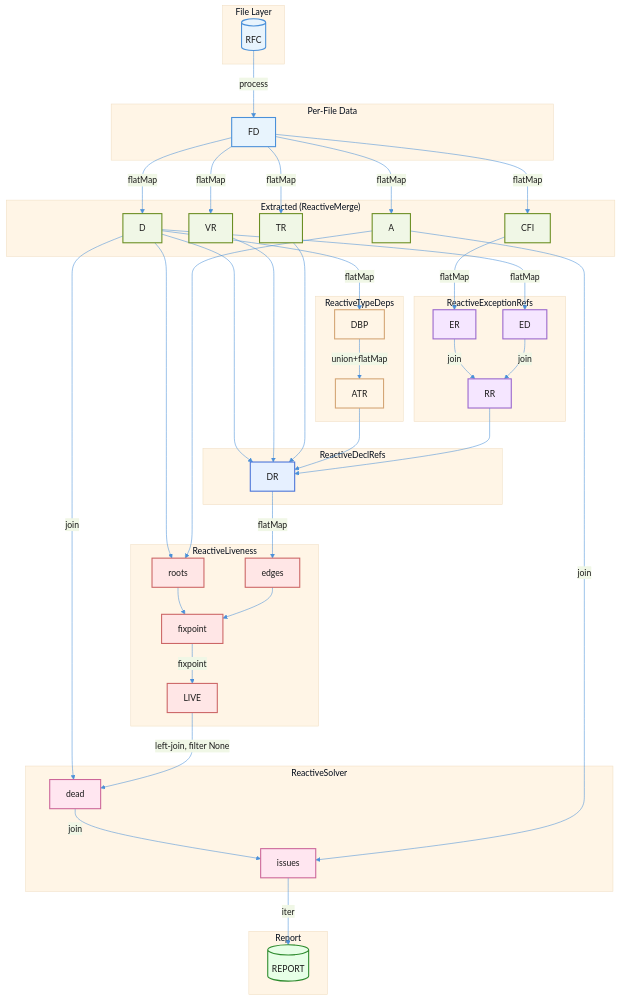
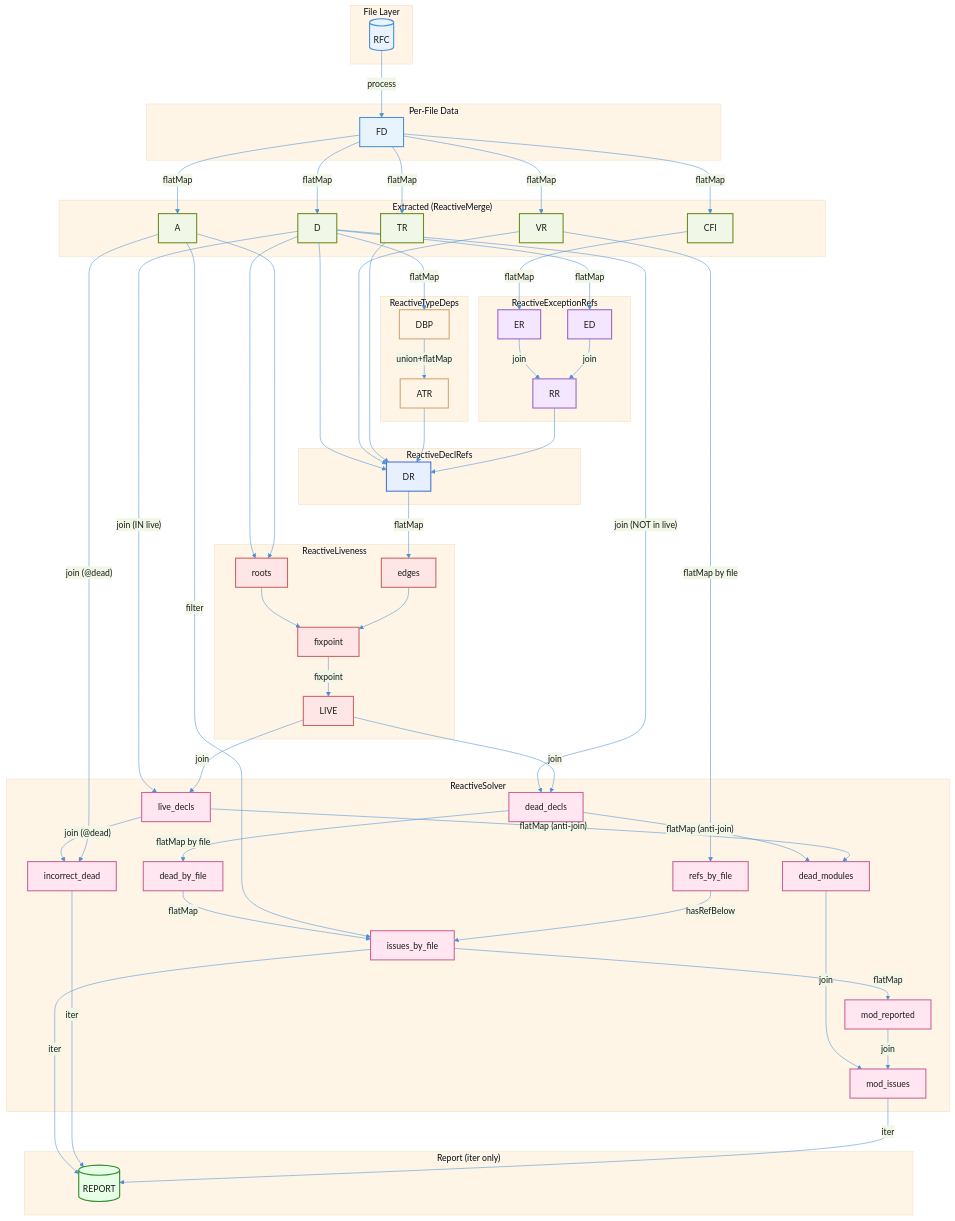
The diagram in analysis/reanalyze/diagrams/reactive-pipeline.mmd (rescript-lang/rescript), drawn with Mermaid before and after one commit. The commit also changed 2 other files, not shown here.

Commit message:
Update reactive pipeline documentation and diagrams
- Update ARCHITECTURE.md with current ReactiveSolver collections
- Add table documenting all reactive collections in ReactiveSolver
- Update pipeline stages to show full reactive flow
- Regenerate reactive-pipeline.svg with detailed solver internals
- Show timing breakdown (~0.7ms on cache hit for dead_code solving)

```diff
--- a/analysis/reanalyze/diagrams/reactive-pipeline.mmd
+++ b/analysis/reanalyze/diagrams/reactive-pipeline.mmd
@@ -1,102 +1,128 @@
 %%{init: {'theme': 'base', 'themeVariables': { 'primaryColor': '#e8f4fd', 'primaryTextColor': '#1a1a1a', 'primaryBorderColor': '#4a90d9', 'lineColor': '#4a90d9', 'secondaryColor': '#f0f7e6', 'tertiaryColor': '#fff5e6'}}}%%
 flowchart TB
     subgraph FileLayer["File Layer"]
         RFC[("RFC")]
     end
 
     subgraph FileData["Per-File Data"]
         FD["FD"]
     end
 
     subgraph Extracted["Extracted (ReactiveMerge)"]
         DECLS["D"]
         ANNOT["A"]
         VREFS["VR"]
         TREFS["TR"]
         CFI["CFI"]
     end
 
     subgraph TypeDeps["ReactiveTypeDeps"]
         DBP["DBP"]
         ATR["ATR"]
     end
 
     subgraph ExcDeps["ReactiveExceptionRefs"]
         EXCREF["ER"]
         EXCDECL["ED"]
         RESOLVED["RR"]
     end
 
     subgraph DeclRefs["ReactiveDeclRefs"]
         DR["DR"]
     end
 
     subgraph Liveness["ReactiveLiveness"]
         ROOTS["roots"]
         EDGES["edges"]
         FP["fixpoint"]
         LIVE["LIVE"]
     end
 
     subgraph Solver["ReactiveSolver"]
-        DEAD["dead"]
-        ISSUES["issues"]
+        DEAD_DECLS["dead_decls"]
+        LIVE_DECLS["live_decls"]
+        DEAD_MODULES["dead_modules"]
+        DEAD_BY_FILE["dead_by_file"]
+        REFS_BY_FILE["refs_by_file"]
+        ISSUES_BY_FILE["issues_by_file"]
+        INCORRECT["incorrect_dead"]
+        MOD_REPORTED["mod_reported"]
+        MOD_ISSUES["mod_issues"]
     end
 
-    subgraph Report["Report"]
+    subgraph Report["Report (iter only)"]
         OUTPUT[("REPORT")]
     end
 
     RFC -->|"process"| FD
     FD -->|"flatMap"| DECLS
     FD -->|"flatMap"| ANNOT
     FD -->|"flatMap"| VREFS
     FD -->|"flatMap"| TREFS
     FD -->|"flatMap"| CFI
 
     DECLS -->|"flatMap"| DBP
     DBP -->|"union+flatMap"| ATR
 
     CFI -->|"flatMap"| EXCREF
     DECLS -->|"flatMap"| EXCDECL
     EXCREF -->|"join"| RESOLVED
     EXCDECL -->|"join"| RESOLVED
 
     DECLS --> DR
     VREFS --> DR
     TREFS --> DR
     ATR --> DR
     RESOLVED --> DR
 
     DECLS --> ROOTS
     ANNOT --> ROOTS
 
     DR -->|"flatMap"| EDGES
     ROOTS --> FP
     EDGES --> FP
     FP -->|"fixpoint"| LIVE
 
-    DECLS -->|"join"| DEAD
-    LIVE -->|"left-join, filter None"| DEAD
-    DEAD -->|"join"| ISSUES
-    ANNOT -->|"join"| ISSUES
+    DECLS -->|"join (NOT in live)"| DEAD_DECLS
+    LIVE -->|"join"| DEAD_DECLS
+    DECLS -->|"join (IN live)"| LIVE_DECLS
+    LIVE -->|"join"| LIVE_DECLS
 
-    ISSUES -->|"iter"| OUTPUT
+    DEAD_DECLS -->|"flatMap (anti-join)"| DEAD_MODULES
+    LIVE_DECLS -->|"flatMap (anti-join)"| DEAD_MODULES
+
+    DEAD_DECLS -->|"flatMap by file"| DEAD_BY_FILE
+    VREFS -->|"flatMap by file"| REFS_BY_FILE
+
+    DEAD_BY_FILE -->|"flatMap"| ISSUES_BY_FILE
+    ANNOT -->|"filter"| ISSUES_BY_FILE
+    REFS_BY_FILE -->|"hasRefBelow"| ISSUES_BY_FILE
+
+    LIVE_DECLS -->|"join (@dead)"| INCORRECT
+    ANNOT -->|"join (@dead)"| INCORRECT
+
+    ISSUES_BY_FILE -->|"flatMap"| MOD_REPORTED
+    DEAD_MODULES -->|"join"| MOD_ISSUES
+    MOD_REPORTED -->|"join"| MOD_ISSUES
+
+    ISSUES_BY_FILE -->|"iter"| OUTPUT
+    INCORRECT -->|"iter"| OUTPUT
+    MOD_ISSUES -->|"iter"| OUTPUT
 
     classDef fileLayer fill:#e8f4fd,stroke:#4a90d9,stroke-width:2px
     classDef extracted fill:#f0f7e6,stroke:#6b8e23,stroke-width:2px
     classDef typeDeps fill:#fff5e6,stroke:#d4a574,stroke-width:2px
     classDef excDeps fill:#f5e6ff,stroke:#9966cc,stroke-width:2px
     classDef declRefs fill:#e6f0ff,stroke:#4a74d9,stroke-width:2px
     classDef liveness fill:#ffe6e6,stroke:#cc6666,stroke-width:2px
     classDef solver fill:#ffe6f0,stroke:#cc6699,stroke-width:2px
     classDef output fill:#e6ffe6,stroke:#2e8b2e,stroke-width:2px
 
     class RFC,FD fileLayer
     class DECLS,ANNOT,VREFS,TREFS,CFI extracted
     class DBP,ATR typeDeps
     class EXCREF,EXCDECL,RESOLVED excDeps
     class DR declRefs
     class ROOTS,EDGES,FP,LIVE liveness
-    class DEAD,ISSUES solver
+    class DEAD_DECLS,LIVE_DECLS,DEAD_MODULES,DEAD_BY_FILE,REFS_BY_FILE,ISSUES_BY_FILE,INCORRECT,MOD_REPORTED,MOD_ISSUES solver
     class OUTPUT output
```
